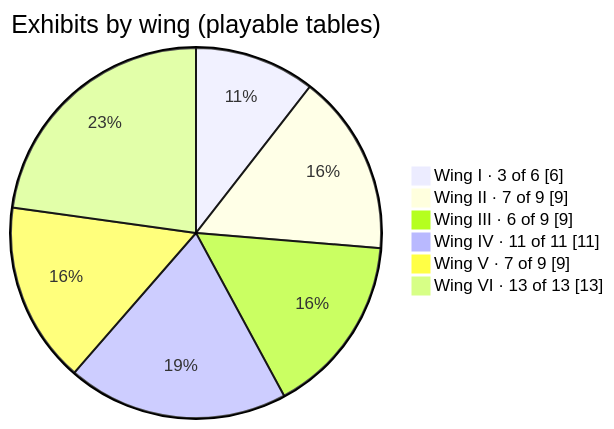
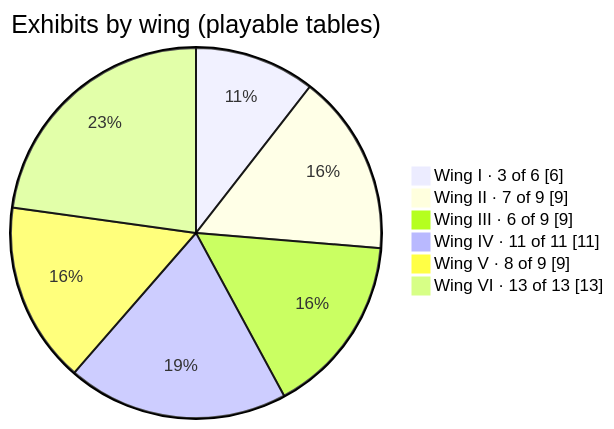
The first of 8 diagrams in docs/exhibits.md (CptNope/Librarium-Archives), drawn with Mermaid before and after one commit. The commit also changed other lines of this file and 13 other files, not shown here.

````diff
--- a/docs/exhibits.md
+++ b/docs/exhibits.md
@@ -7,10 +7,10 @@
 ```mermaid
 pie showData
     title Exhibits by wing (playable tables)
     "Wing I · 3 of 6" : 6
     "Wing II · 7 of 9" : 9
     "Wing III · 6 of 9" : 9
     "Wing IV · 11 of 11" : 11
-    "Wing V · 7 of 9" : 9
+    "Wing V · 8 of 9" : 9
     "Wing VI · 13 of 13" : 13
 ```
````
